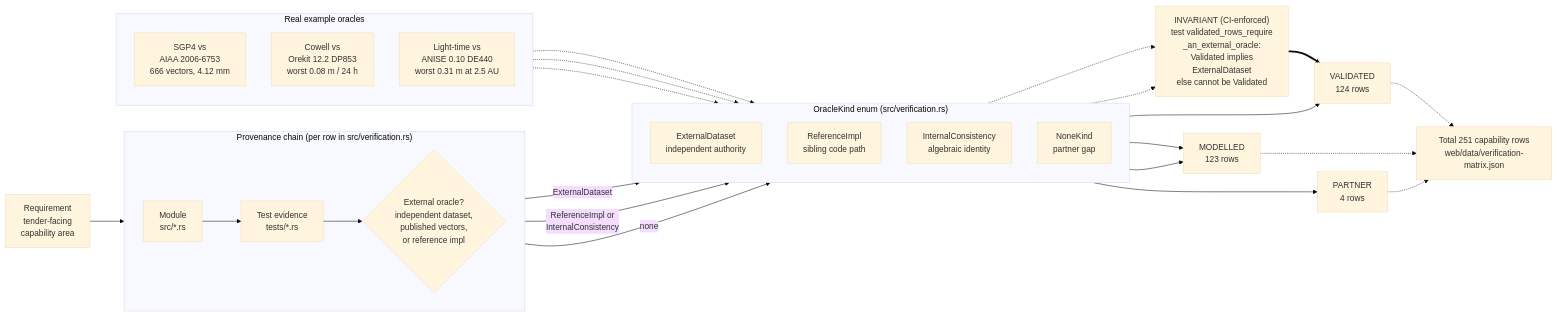
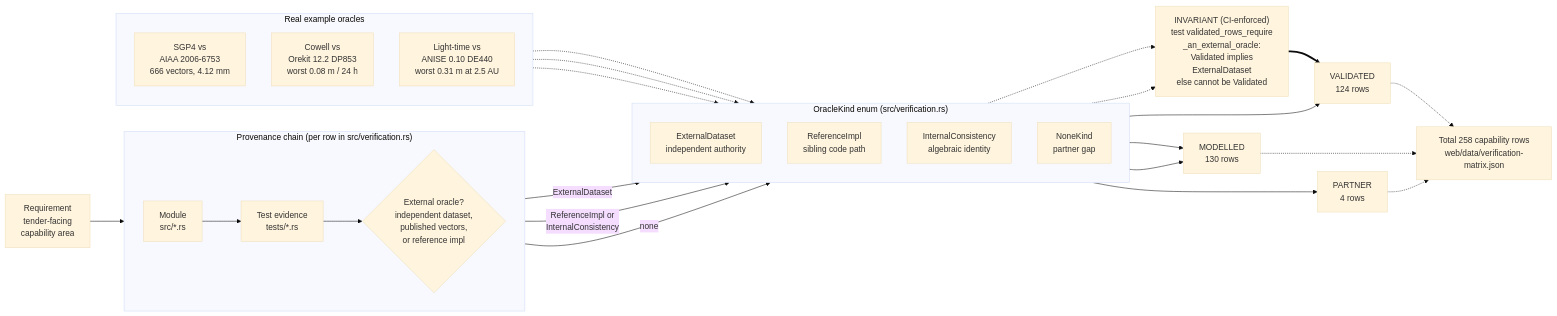
The diagram in docs/diagrams/validation-provenance.mmd (ashfordeOU/kshana), drawn with Mermaid (base theme) before and after one commit. The commit also changed 4 other files, not shown here.

Commit message:
Re-pin the reference campaign digests for engine 0.35.0; provenance diagram counts at 258 rows / 130 Modelled

```diff
--- a/docs/diagrams/validation-provenance.mmd
+++ b/docs/diagrams/validation-provenance.mmd
@@ -1,49 +1,49 @@
 flowchart LR
     REQ["Requirement<br/>tender-facing<br/>capability area"]
 
     subgraph CHAIN["Provenance chain (per row in src/verification.rs)"]
         direction LR
         MOD["Module<br/>src/*.rs"]
         TST["Test evidence<br/>tests/*.rs"]
         ORA{"External oracle?<br/>independent dataset,<br/>published vectors,<br/>or reference impl"}
     end
 
     REQ --> MOD --> TST --> ORA
 
     subgraph KINDS["OracleKind enum (src/verification.rs)"]
         direction TD
         EXT["ExternalDataset<br/>independent authority"]
         REF["ReferenceImpl<br/>sibling code path"]
         INT["InternalConsistency<br/>algebraic identity"]
         NON["NoneKind<br/>partner gap"]
     end
 
     ORA -->|ExternalDataset| EXT
     ORA -->|"ReferenceImpl or<br/>InternalConsistency"| INT
     ORA -->|none| NON
 
     GUARD["INVARIANT (CI-enforced)<br/>test validated_rows_require<br/>_an_external_oracle:<br/>Validated implies<br/>ExternalDataset<br/>else cannot be Validated"]
     EXT -.-> GUARD
     INT -.-> GUARD
 
     EXT --> VAL["VALIDATED<br/>124 rows"]
-    REF --> MDL["MODELLED<br/>123 rows"]
+    REF --> MDL["MODELLED<br/>130 rows"]
     INT --> MDL
     NON --> PRT["PARTNER<br/>4 rows"]
     GUARD ==> VAL
 
     subgraph EX["Real example oracles"]
         direction TD
         E1["SGP4 vs<br/>AIAA 2006-6753<br/>666 vectors, 4.12 mm"]
         E2["Cowell vs<br/>Orekit 12.2 DP853<br/>worst 0.08 m / 24 h"]
         E3["Light-time vs<br/>ANISE 0.10 DE440<br/>worst 0.31 m at 2.5 AU"]
     end
 
     E1 -.-> EXT
     E2 -.-> EXT
     E3 -.-> EXT
 
-    TOTAL["Total 251 capability rows<br/>web/data/verification-matrix.json"]
+    TOTAL["Total 258 capability rows<br/>web/data/verification-matrix.json"]
     VAL -.-> TOTAL
     MDL -.-> TOTAL
     PRT -.-> TOTAL
```
